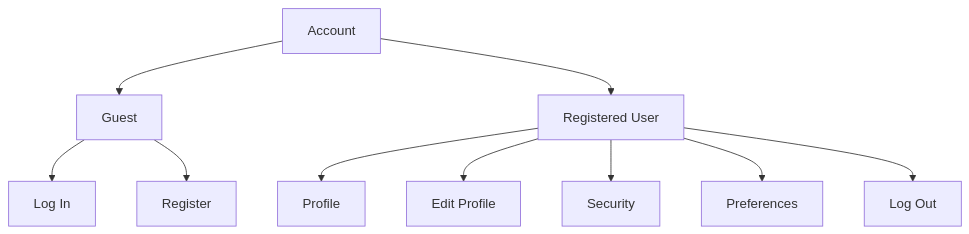
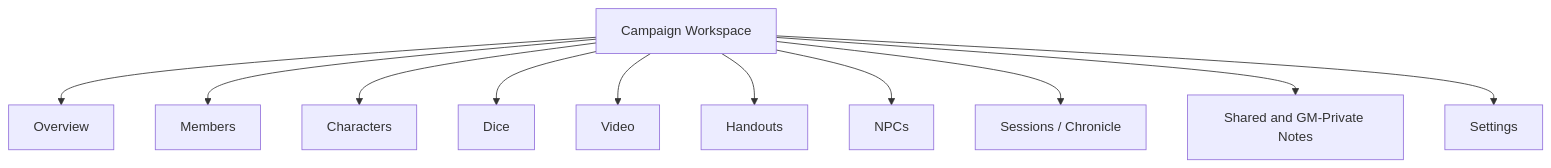
Before and after one commit to Andrey-0101/ttrpg-website: the sixth of 6 diagrams in docs/product/SITE_MAP.md, drawn with Mermaid. The commit also changed other lines of this file and 19 other files, not shown here.

````diff
--- a/docs/product/SITE_MAP.md
+++ b/docs/product/SITE_MAP.md
@@ -414,16 +155,15 @@
 ```mermaid
 flowchart TD
-    ACCOUNT["Account"]
+    CAMPAIGN["Campaign Workspace"]
 
-    ACCOUNT --> GUEST["Guest"]
-    ACCOUNT --> USER["Registered User"]
-
-    GUEST --> LOGIN["Log In"]
-    GUEST --> REGISTER["Register"]
-
-    USER --> PROFILE["Profile"]
-    USER --> EDIT_PROFILE["Edit Profile"]
-    USER --> SECURITY["Security"]
-    USER --> PREFERENCES["Preferences"]
-    USER --> LOGOUT["Log Out"]
+    CAMPAIGN --> OVERVIEW["Overview"]
+    CAMPAIGN --> MEMBERS["Members"]
+    CAMPAIGN --> CHARACTERS["Characters"]
+    CAMPAIGN --> DICE["Dice"]
+    CAMPAIGN --> VIDEO["Video"]
+    CAMPAIGN --> HANDOUTS["Handouts"]
+    CAMPAIGN --> NPCS["NPCs"]
+    CAMPAIGN --> SESSIONS["Sessions / Chronicle"]
+    CAMPAIGN --> NOTES["Shared and GM-Private Notes"]
+    CAMPAIGN --> SETTINGS["Settings"]
 ```
````
